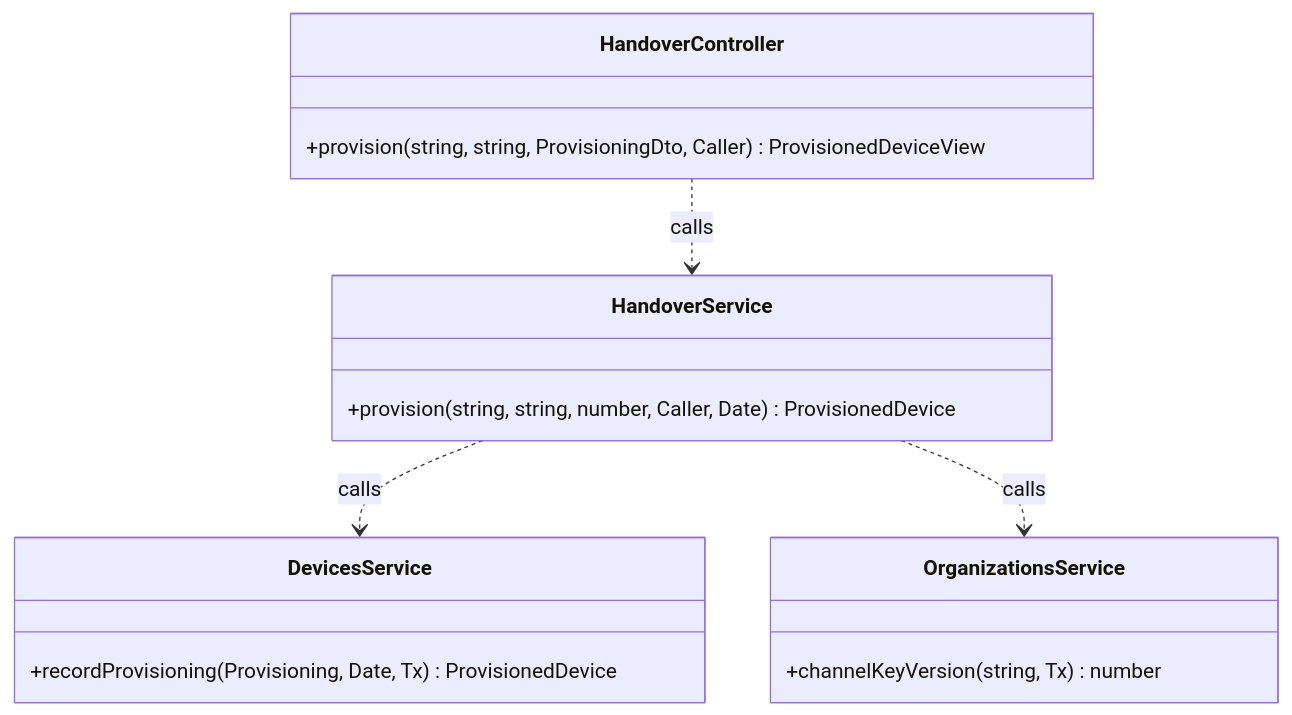
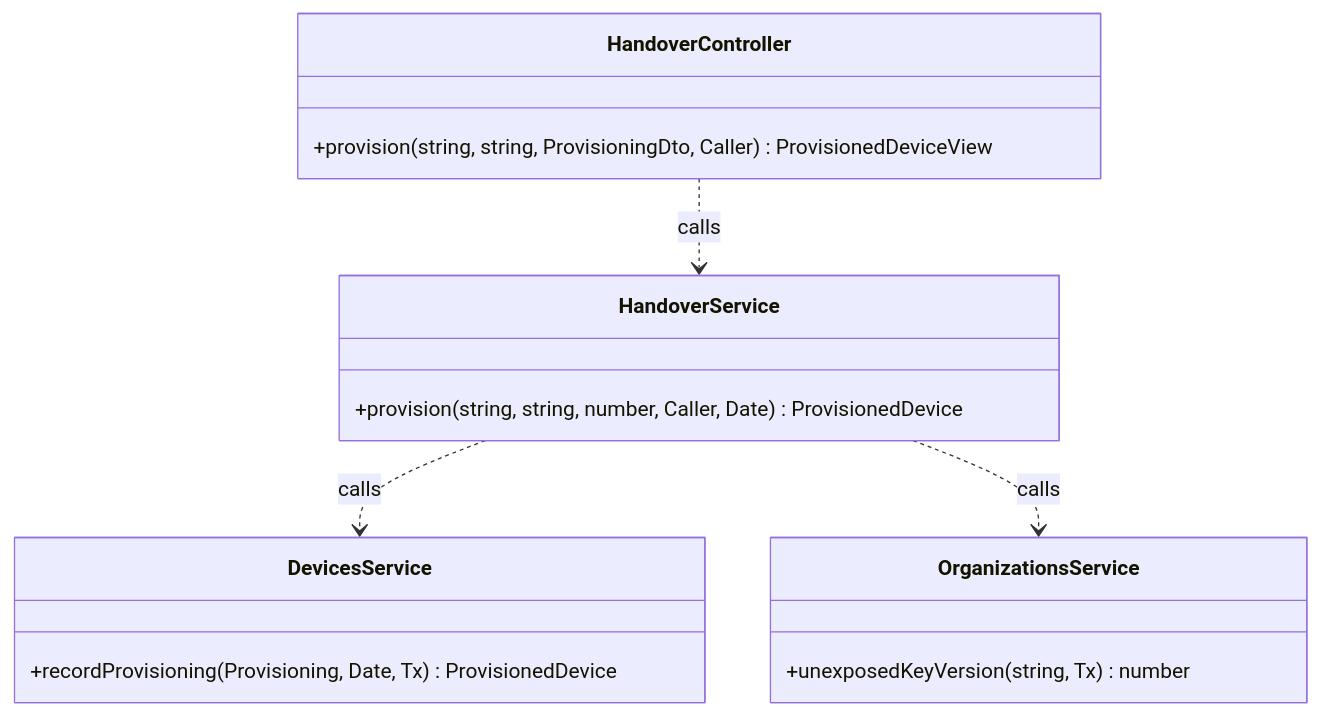
The sixth of 29 diagrams in specs/rentals/design.md (TrekLink-Team/treklink-web), drawn with Mermaid before and after one commit. The commit also changed other lines of this file and 12 other files, not shown here.

````diff
--- a/specs/rentals/design.md
+++ b/specs/rentals/design.md
@@ -399,19 +401,19 @@
 ```mermaid
 classDiagram
     direction TB
     class HandoverController {
         +provision(string, string, ProvisioningDto, Caller) ProvisionedDeviceView
     }
     class HandoverService {
         +provision(string, string, number, Caller, Date) ProvisionedDevice
     }
     class OrganizationsService {
-        +channelKeyVersion(string, Tx) number
+        +unexposedKeyVersion(string, Tx) number
     }
     class DevicesService {
         +recordProvisioning(Provisioning, Date, Tx) ProvisionedDevice
     }
     HandoverController ..> HandoverService : calls
     HandoverService ..> DevicesService : calls
     HandoverService ..> OrganizationsService : calls
 ```
````
